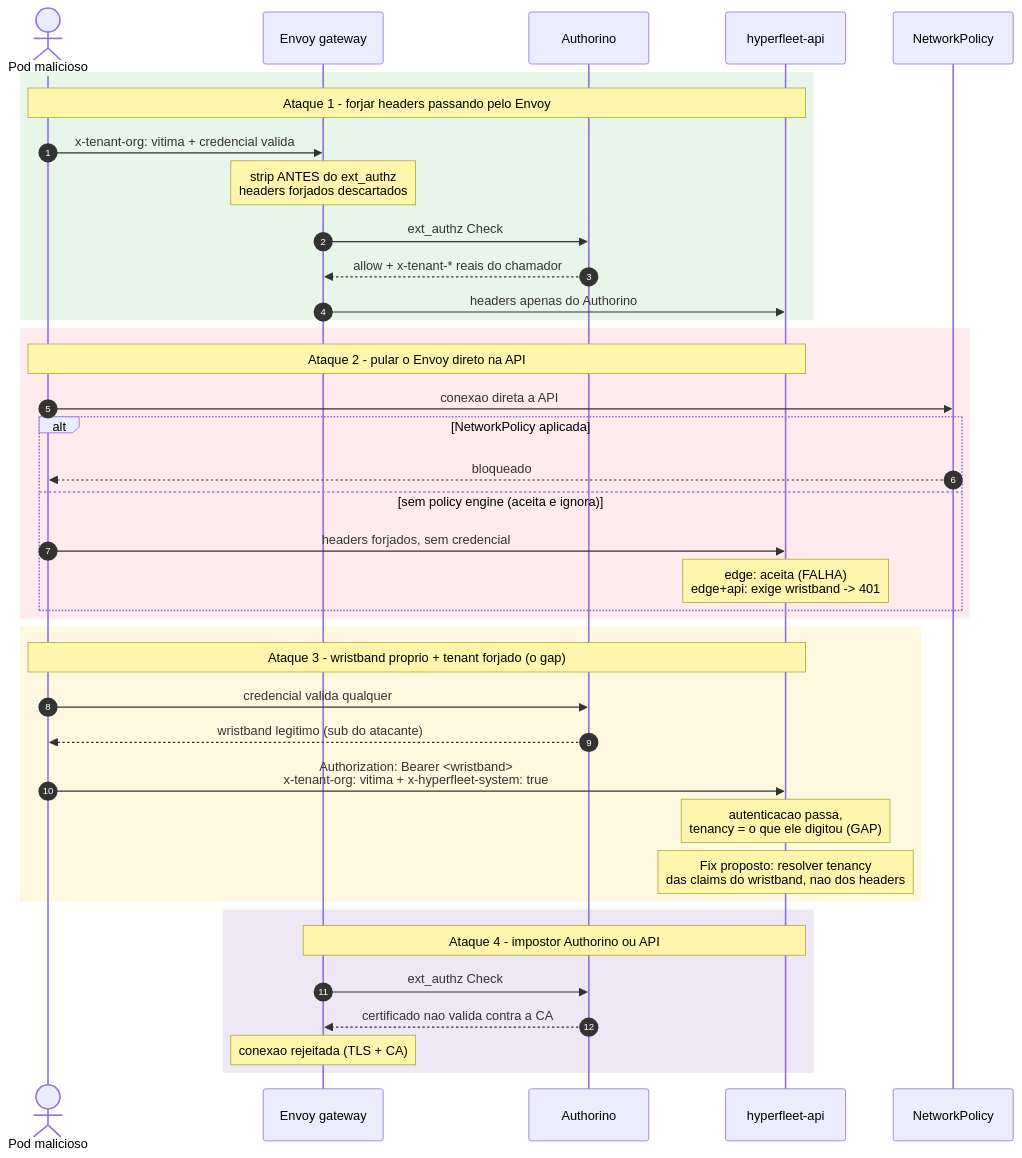
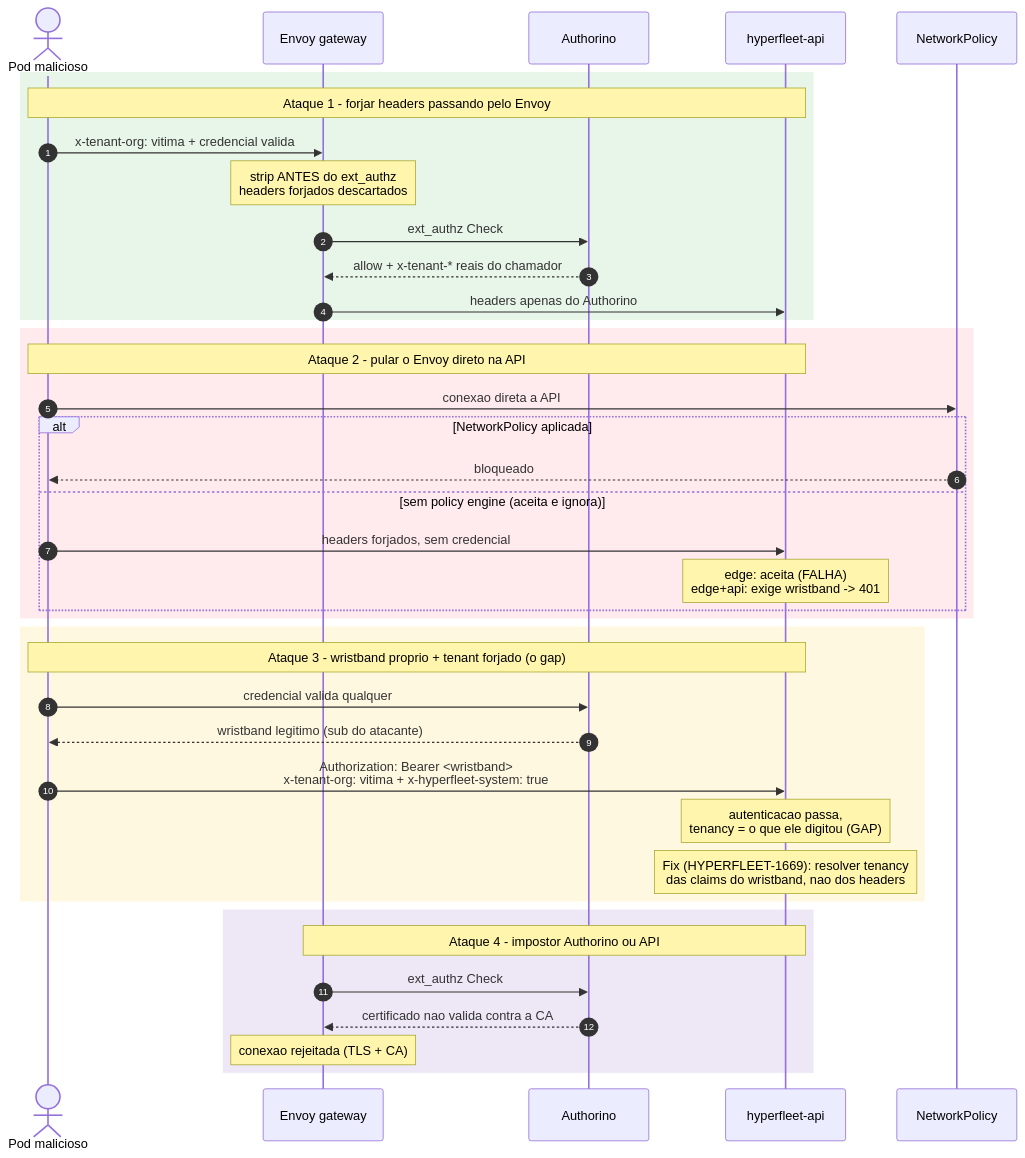
The seventh of 7 diagrams in hyperfleet/docs/gateway-auth-sequence-diagrams.md (rafabene/hyperfleet-architecture), drawn with Mermaid before and after one commit. The commit also changed other lines of this file, not shown here.

Commit message:
docs: link attack-3 fix to HYPERFLEET-1669 and refresh ticket status

````diff
--- a/hyperfleet/docs/gateway-auth-sequence-diagrams.md
+++ b/hyperfleet/docs/gateway-auth-sequence-diagrams.md
@@ -365,45 +365,45 @@
 ```mermaid
 sequenceDiagram
     autonumber
     actor M as Pod malicioso
     participant E as Envoy gateway
     participant A as Authorino
     participant API as hyperfleet-api
     participant NP as NetworkPolicy
 
     rect rgb(232, 245, 233)
     Note over M,API: Ataque 1 - forjar headers passando pelo Envoy
     M->>E: x-tenant-org: vitima + credencial valida
     Note over E: strip ANTES do ext_authz<br/>headers forjados descartados
     E->>A: ext_authz Check
     A-->>E: allow + x-tenant-* reais do chamador
     E->>API: headers apenas do Authorino
     end
 
     rect rgb(255, 235, 238)
     Note over M,API: Ataque 2 - pular o Envoy direto na API
     M->>NP: conexao direta a API
     alt NetworkPolicy aplicada
         NP-->>M: bloqueado
     else sem policy engine (aceita e ignora)
         M->>API: headers forjados, sem credencial
         Note over API: edge: aceita (FALHA)<br/>edge+api: exige wristband -> 401
     end
     end
 
     rect rgb(255, 248, 225)
     Note over M,API: Ataque 3 - wristband proprio + tenant forjado (o gap)
     M->>A: credencial valida qualquer
     A-->>M: wristband legitimo (sub do atacante)
     M->>API: Authorization: Bearer <wristband><br/>x-tenant-org: vitima + x-hyperfleet-system: true
     Note over API: autenticacao passa,<br/>tenancy = o que ele digitou (GAP)
-    Note over API: Fix proposto: resolver tenancy<br/>das claims do wristband, nao dos headers
+    Note over API: Fix (HYPERFLEET-1669): resolver tenancy<br/>das claims do wristband, nao dos headers
     end
 
     rect rgb(237, 231, 246)
     Note over E,API: Ataque 4 - impostor Authorino ou API
     E->>A: ext_authz Check
     A-->>E: certificado nao valida contra a CA
     Note over E: conexao rejeitada (TLS + CA)
     end
 ```
````
